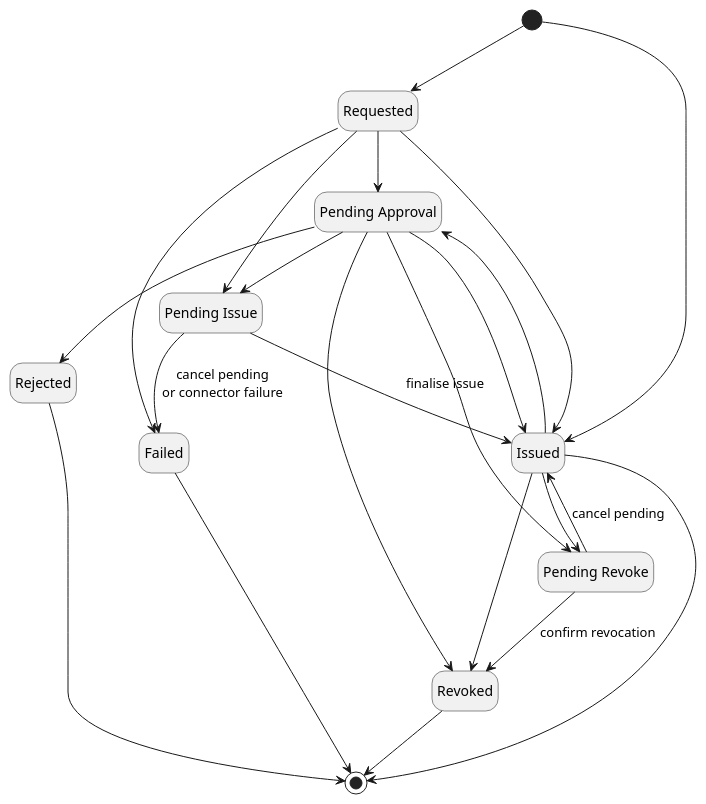
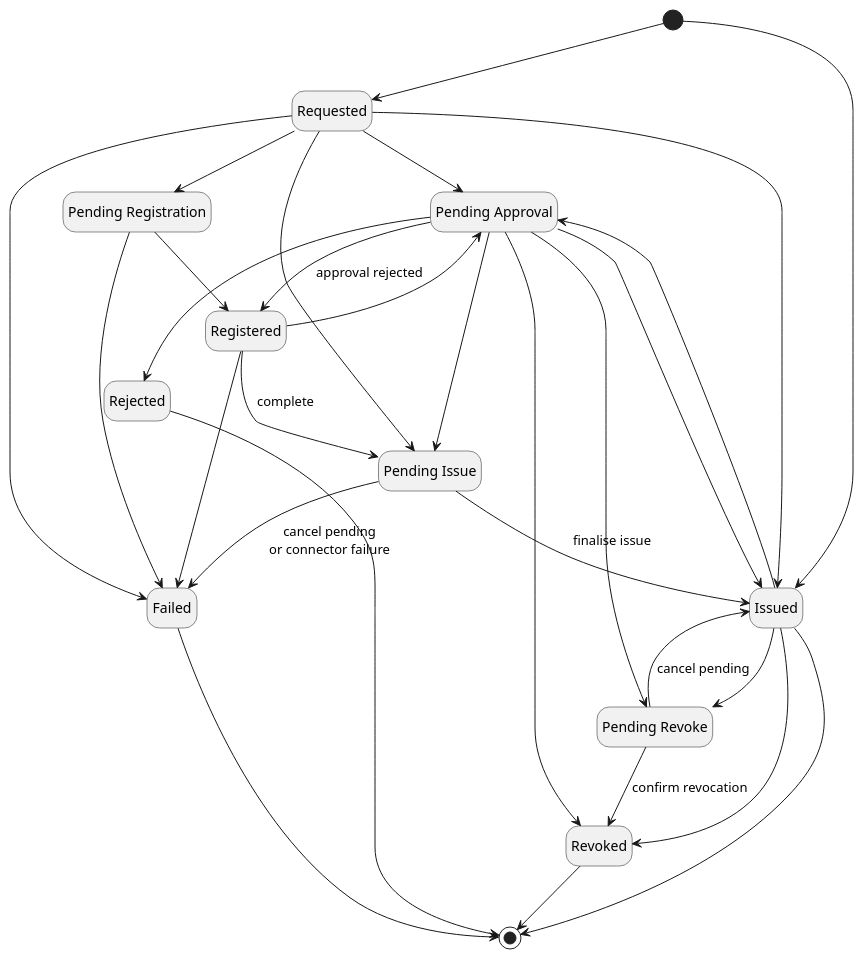
The first of 5 diagrams in docs/certificate-key/concept-design/core-components/certificate.md (CZERTAINLY/CZERTAINLY-Documentation), drawn with PlantUML before and after one commit. The commit also changed other lines of this file and 14 other files, not shown here.

````diff
--- a/docs/certificate-key/concept-design/core-components/certificate.md
+++ b/docs/certificate-key/concept-design/core-components/certificate.md
@@ -47,32 +49,40 @@
 ```plantuml
 @startuml
 hide empty description
 
 state "Pending Approval" as PendingApproval
 state "Pending Issue" as PendingIssue
 state "Pending Revoke" as PendingRevoke
+state "Pending Registration" as PendingRegistration
 
   [*] --> Requested
   [*] --> Issued
   Requested --> Failed
   Requested --> PendingApproval
   Requested --> PendingIssue
+  Requested --> PendingRegistration
   Requested --> Issued
+  PendingRegistration --> Registered
+  PendingRegistration --> Failed
+  Registered --> PendingIssue : complete
+  Registered --> PendingApproval
+  Registered --> Failed
   PendingApproval --> Rejected
   PendingApproval --> PendingIssue
   PendingApproval --> PendingRevoke
+  PendingApproval --> Registered : approval rejected
   PendingApproval --> Issued
   PendingApproval --> Revoked
   PendingIssue --> Issued : finalise issue
   PendingIssue --> Failed : cancel pending\nor connector failure
   PendingRevoke --> Revoked : confirm revocation
   PendingRevoke --> Issued : cancel pending
   Issued --> PendingApproval
   Issued --> PendingRevoke
   Issued --> Revoked
   Rejected --> [*]
   Failed --> [*]
   Issued --> [*]
   Revoked --> [*]
 @enduml
 ```
````
